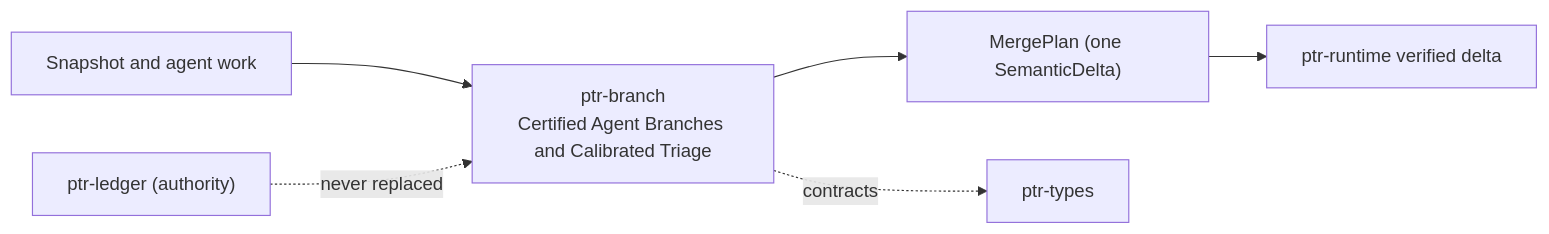
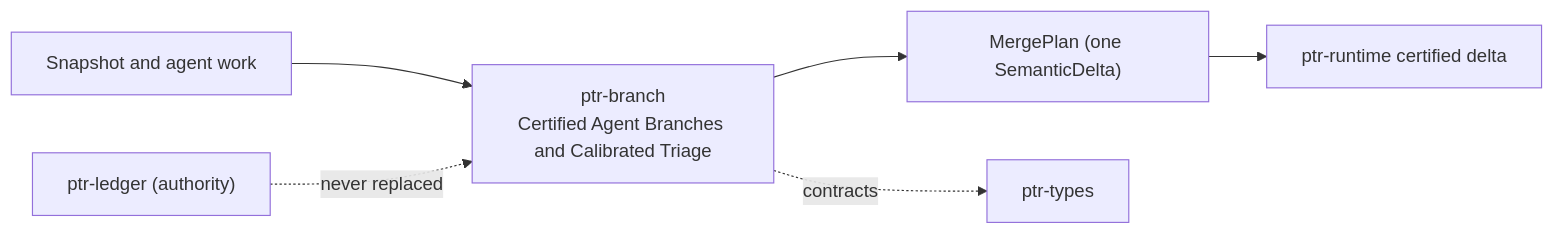
Before and after one commit to xrey167/PTR: the diagram in crates/ptr-branch/README.md, drawn with Mermaid. The commit also changed other lines of this file and 18 other files, not shown here.

````diff
--- a/crates/ptr-branch/README.md
+++ b/crates/ptr-branch/README.md
@@ -76,8 +79,8 @@
 ```mermaid
 flowchart LR
     A["Snapshot and agent work"] --> B["ptr-branch\nCertified Agent Branches and Calibrated Triage"]
     B --> C["MergePlan (one SemanticDelta)"]
-    C --> D["ptr-runtime verified delta"]
+    C --> D["ptr-runtime certified delta"]
     B -. "contracts" .-> T["ptr-types"]
     L["ptr-ledger (authority)"] -. "never replaced" .-> B
 ```
````
